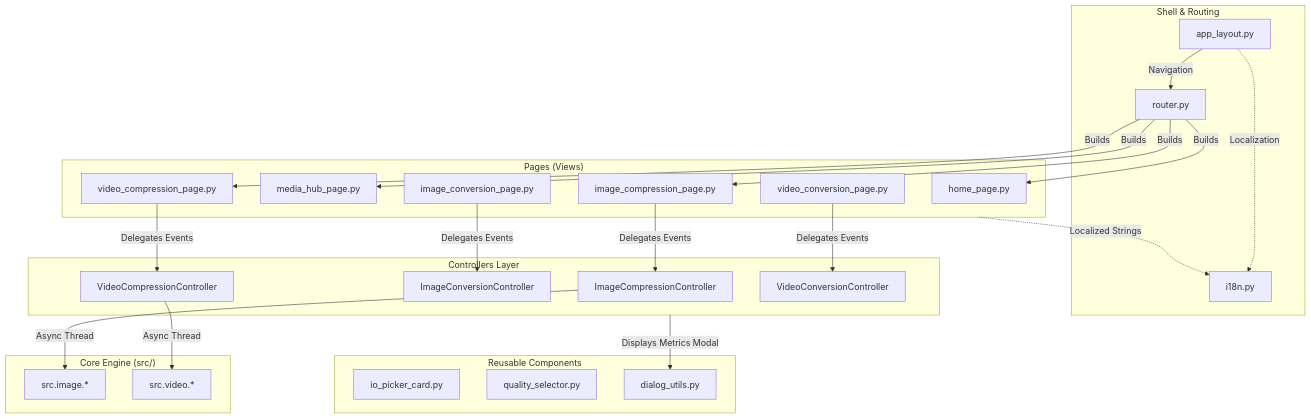
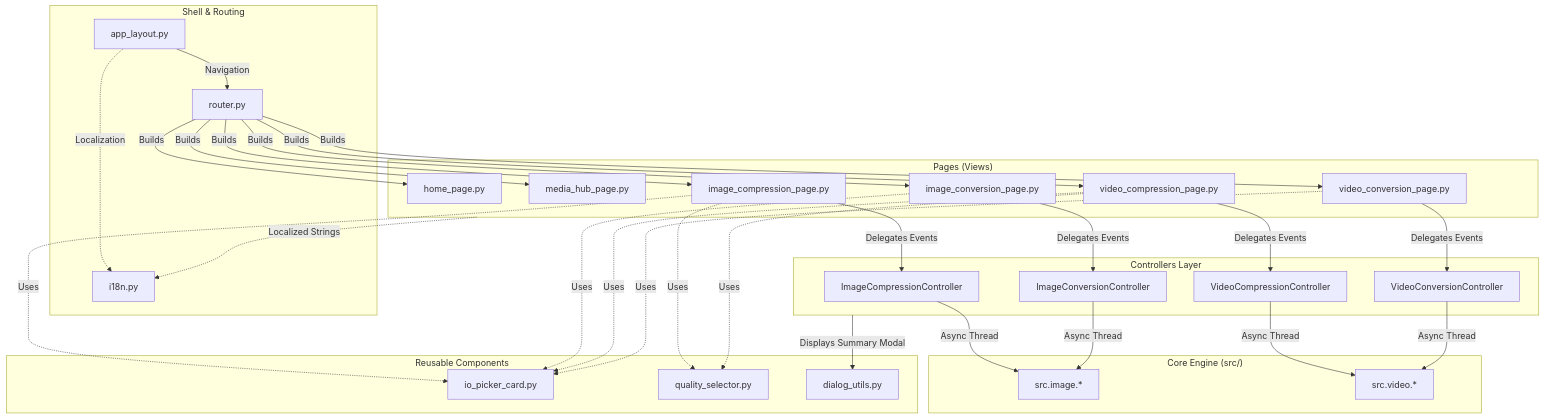
The first of 4 diagrams in ARCHITECTURE.md (brunothinker/FallByte), drawn with Mermaid before and after one commit. The commit also changed other lines of this file and 1 other file, not shown here.

First line of the commit message:
fix(build): align binary path structure with binary manager and update architecture docs

````diff
--- a/ARCHITECTURE.md
+++ b/ARCHITECTURE.md
@@ -58,55 +65,66 @@
 ```mermaid
 graph TD
 
 subgraph UIShell["Shell & Routing"]
     LAYOUT["app_layout.py"]
     ROUTER["router.py"]
     I18N["i18n.py"]
 end
 
 subgraph Views["Pages (Views)"]
     PAGE_HOME["home_page.py"]
     PAGE_HUB["media_hub_page.py"]
     IMG_COMP_PAGE["image_compression_page.py"]
     IMG_CONV_PAGE["image_conversion_page.py"]
     VID_COMP_PAGE["video_compression_page.py"]
     VID_CONV_PAGE["video_conversion_page.py"]
 end
 
 subgraph Components["Reusable Components"]
     CARD_IO["io_picker_card.py"]
     Q_SELECT["quality_selector.py"]
     DIALOGS["dialog_utils.py"]
 end
 
 subgraph Controllers["Controllers Layer"]
     IMG_COMP_CTRL["ImageCompressionController"]
     IMG_CONV_CTRL["ImageConversionController"]
     VID_COMP_CTRL["VideoCompressionController"]
     VID_CONV_CTRL["VideoConversionController"]
 end
 
 subgraph CoreEngine["Core Engine (src/)"]
     IMG_ENGINE["src.image.*"]
     VID_ENGINE["src.video.*"]
 end
 
 LAYOUT -->|"Navigation"| ROUTER
 ROUTER -->|"Builds"| PAGE_HOME
 ROUTER -->|"Builds"| PAGE_HUB
 ROUTER -->|"Builds"| IMG_COMP_PAGE
+ROUTER -->|"Builds"| IMG_CONV_PAGE
 ROUTER -->|"Builds"| VID_COMP_PAGE
+ROUTER -->|"Builds"| VID_CONV_PAGE
 
 LAYOUT -.->|"Localization"| I18N
 Views -.->|"Localized Strings"| I18N
 
 IMG_COMP_PAGE -->|"Delegates Events"| IMG_COMP_CTRL
 IMG_CONV_PAGE -->|"Delegates Events"| IMG_CONV_CTRL
 VID_COMP_PAGE -->|"Delegates Events"| VID_COMP_CTRL
 VID_CONV_PAGE -->|"Delegates Events"| VID_CONV_CTRL
 
+IMG_COMP_PAGE -.->|"Uses"| Q_SELECT
+VID_COMP_PAGE -.->|"Uses"| Q_SELECT
+IMG_COMP_PAGE -.->|"Uses"| CARD_IO
+IMG_CONV_PAGE -.->|"Uses"| CARD_IO
+VID_COMP_PAGE -.->|"Uses"| CARD_IO
+VID_CONV_PAGE -.->|"Uses"| CARD_IO
+
 IMG_COMP_CTRL -->|"Async Thread"| IMG_ENGINE
+IMG_CONV_CTRL -->|"Async Thread"| IMG_ENGINE
 VID_COMP_CTRL -->|"Async Thread"| VID_ENGINE
+VID_CONV_CTRL -->|"Async Thread"| VID_ENGINE
 
-Controllers -->|"Displays Metrics Modal"| DIALOGS
+Controllers -->|"Displays Summary Modal"| DIALOGS
 ```
````
